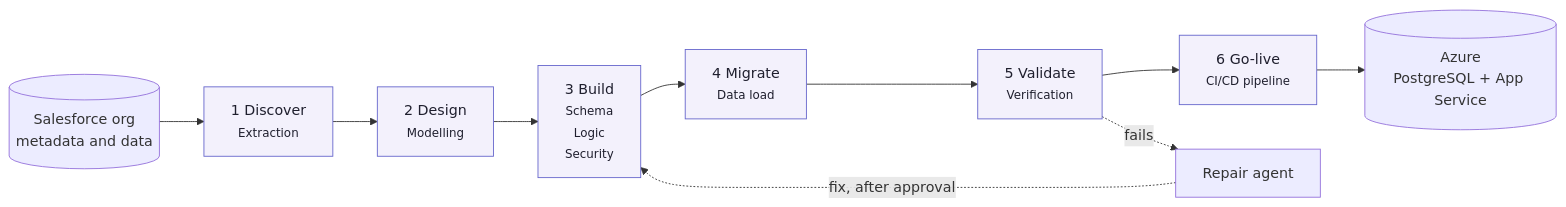
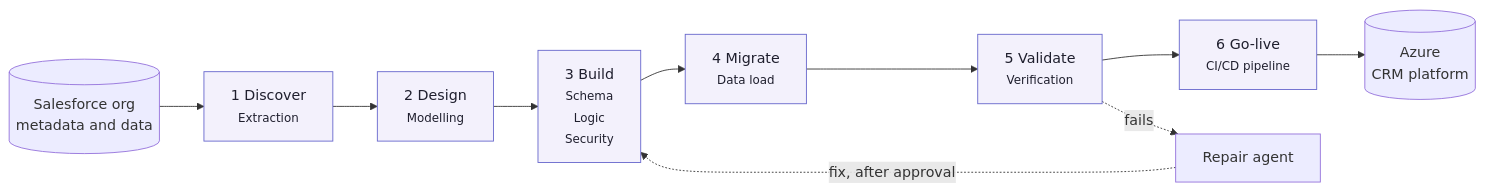
The diagram in adlc/2-design/modelling/design/diagrams/architecture.mmd (himantgupta-alt/crm-genie), drawn with Mermaid before and after one commit. The commit also changed 49 other files, not shown here.

First line of the commit message:
Client pack, target-state platform architecture and deck slide

```diff
--- a/adlc/2-design/modelling/design/diagrams/architecture.mmd
+++ b/adlc/2-design/modelling/design/diagrams/architecture.mmd
@@ -1,18 +1,18 @@
 flowchart LR
   SF[("Salesforce org<br/>metadata and data")]
   P0["1 Discover<br/><small>Extraction</small>"]
   SF --> P0
   P1["2 Design<br/><small>Modelling</small>"]
   P0 --> P1
   P2["3 Build<br/><small>Schema<br/>Logic<br/>Security</small>"]
   P1 --> P2
   P3["4 Migrate<br/><small>Data load</small>"]
   P2 --> P3
   P4["5 Validate<br/><small>Verification</small>"]
   P3 --> P4
   P5["6 Go-live<br/><small>CI/CD pipeline</small>"]
   P4 --> P5
-  P5 --> AZ[("Azure<br/>PostgreSQL + App Service")]
+  P5 --> AZ[("Azure<br/>CRM platform")]
   P4 -. "fails" .-> R["Repair agent"] -. "fix, after approval" .-> P2
   classDef phase fill:#F3F1FC,stroke:#6666CC,color:#1F1F2E;
   class P0,P1,P2,P3,P4,P5 phase;
```
